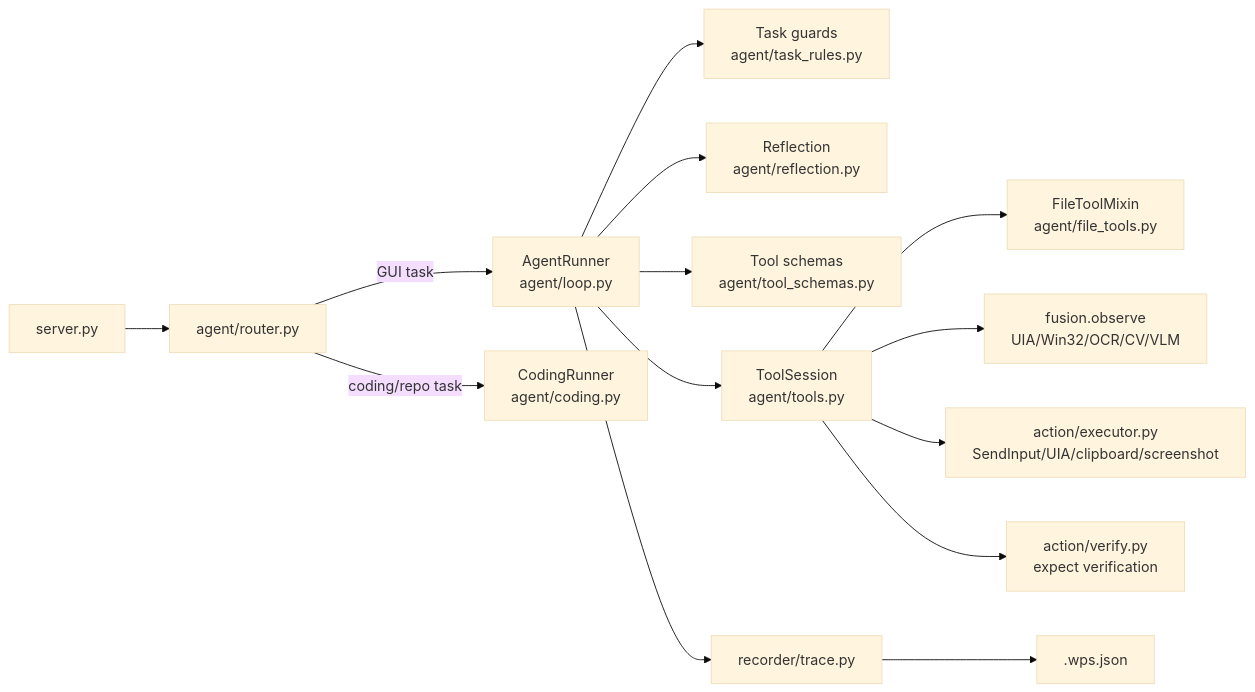
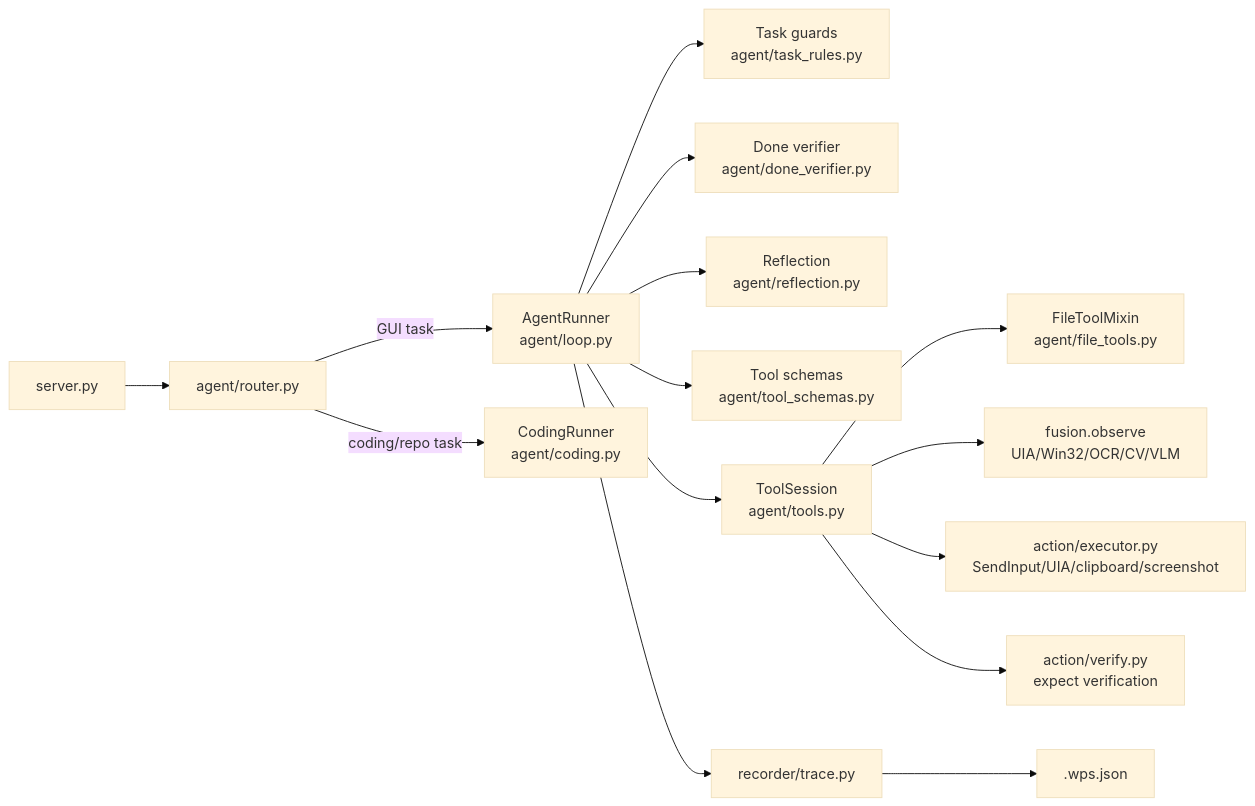
The second of 2 diagrams in docs/architecture.md (zoujiapeng/lingdong-script), drawn with Mermaid (base theme) before and after one commit. The commit also changed other lines of this file and 9 other files, not shown here.

````diff
--- a/docs/architecture.md
+++ b/docs/architecture.md
@@ -40,16 +40,17 @@
 ```mermaid
 flowchart LR
     server["server.py"] --> router["agent/router.py"]
     router -->|"GUI task"| loop["AgentRunner<br/>agent/loop.py"]
     router -->|"coding/repo task"| coding["CodingRunner<br/>agent/coding.py"]
     loop --> rules["Task guards<br/>agent/task_rules.py"]
+    loop --> donev["Done verifier<br/>agent/done_verifier.py"]
     loop --> reflect["Reflection<br/>agent/reflection.py"]
     loop --> schemas["Tool schemas<br/>agent/tool_schemas.py"]
     loop --> tools["ToolSession<br/>agent/tools.py"]
     tools --> filetools["FileToolMixin<br/>agent/file_tools.py"]
     tools --> fusion["fusion.observe<br/>UIA/Win32/OCR/CV/VLM"]
     tools --> action["action/executor.py<br/>SendInput/UIA/clipboard/screenshot"]
     tools --> verify["action/verify.py<br/>expect verification"]
     loop --> recorder["recorder/trace.py"]
     recorder --> wps[".wps.json"]
 ```
````
